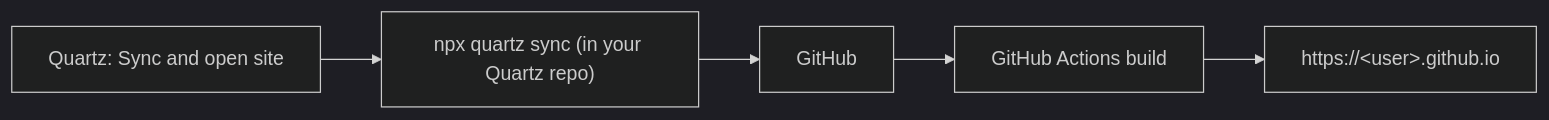
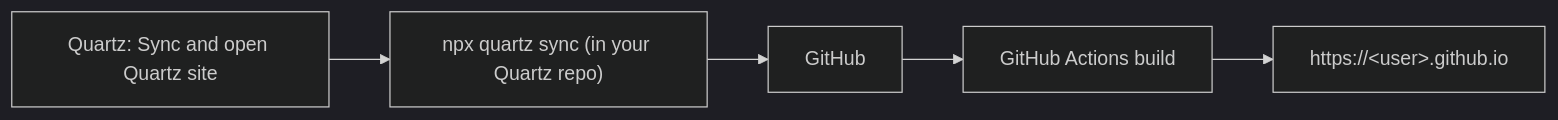
The diagram in docs/en/quartz.md (masaki39/obsidian-crystal), drawn with Mermaid (dark theme) before and after one commit. The commit also changed other lines of this file and 37 other files, not shown here.

````diff
--- a/docs/en/quartz.md
+++ b/docs/en/quartz.md
@@ -45,7 +45,7 @@
 ```mermaid
 flowchart LR
-  A["Quartz: Sync and open site"] --> B["npx quartz sync (in your Quartz repo)"]
+  A["Quartz: Sync and open Quartz site"] --> B["npx quartz sync (in your Quartz repo)"]
   B --> C[GitHub]
   C --> D[GitHub Actions build]
   D --> E["https://&lt;user&gt;.github.io"]
 ```
````
